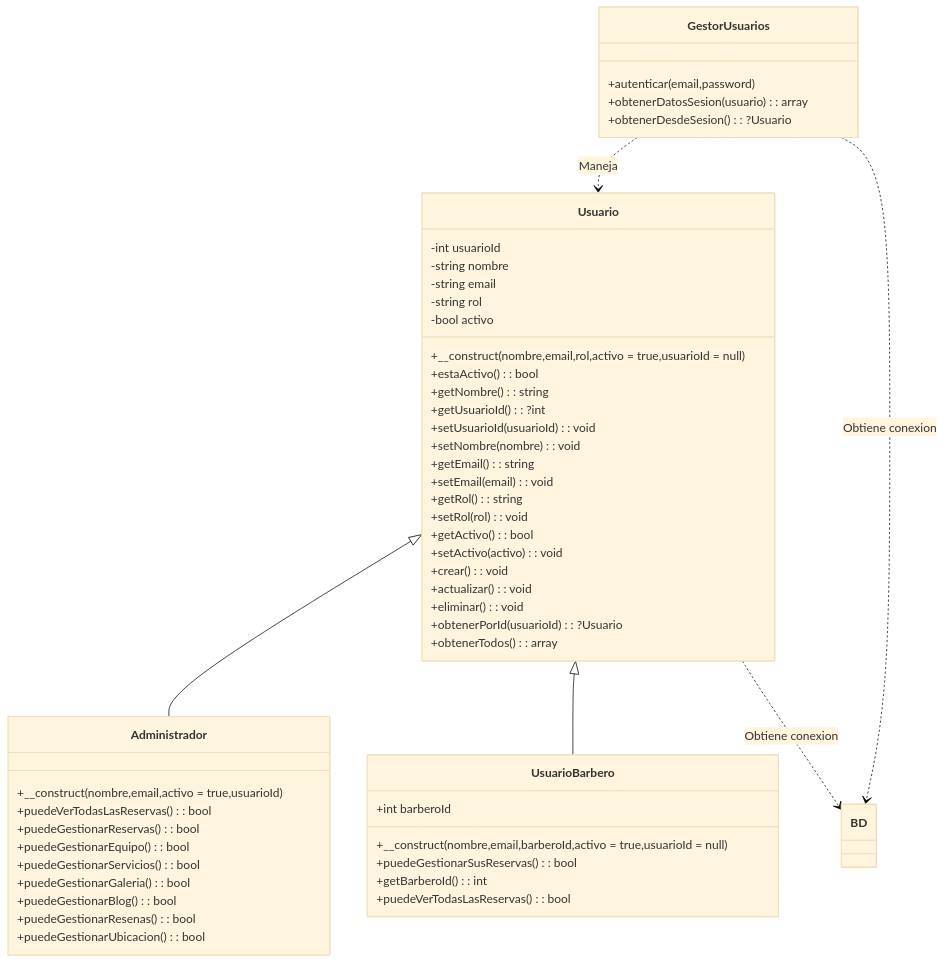
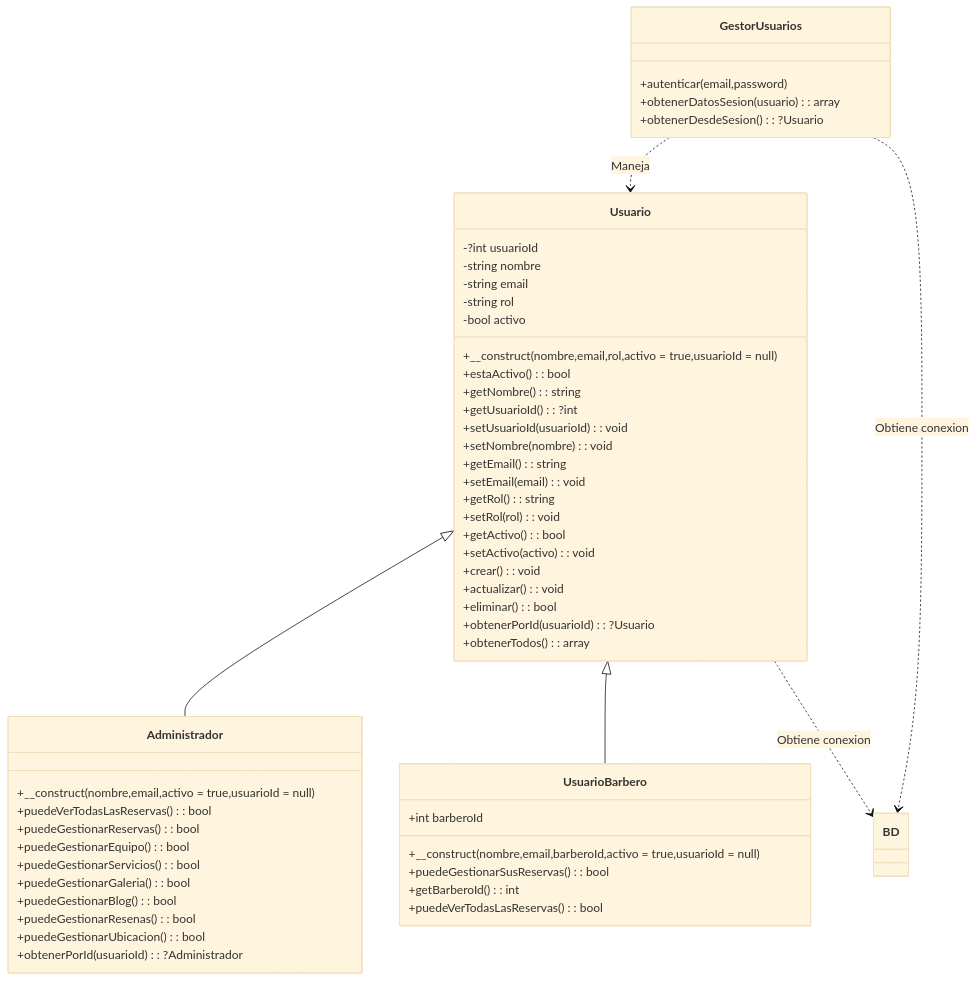
The diagram in api/admin/clases_admin/diagramas.md (dzeledonj-create/barberia_catracha), drawn with Mermaid (base theme) before and after one commit. The commit also changed 8 other files, not shown here.

````diff
--- a/api/admin/clases_admin/diagramas.md
+++ b/api/admin/clases_admin/diagramas.md
@@ -3,59 +3,60 @@
 ```mermaid
 classDiagram
     class Administrador {
-        +__construct(nombre,email,activo = true,usuarioId)
+        +__construct(nombre,email,activo = true,usuarioId = null)
         +puedeVerTodasLasReservas() : bool
         +puedeGestionarReservas() : bool
         +puedeGestionarEquipo() : bool
         +puedeGestionarServicios() : bool
         +puedeGestionarGaleria() : bool
         +puedeGestionarBlog() : bool
         +puedeGestionarResenas() : bool
         +puedeGestionarUbicacion() : bool
+        +obtenerPorId(usuarioId) : ?Administrador
     }
 
     class GestorUsuarios {
         +autenticar(email,password)
         +obtenerDatosSesion(usuario) : array
         +obtenerDesdeSesion() : ?Usuario
     }
 
     class Usuario {
-        -int usuarioId
+        -?int usuarioId
         -string nombre
         -string email
         -string rol
         -bool activo
         +__construct(nombre,email,rol,activo = true,usuarioId = null)
         +estaActivo() : bool
         +getNombre() : string
         +getUsuarioId() : ?int
         +setUsuarioId(usuarioId) : void
         +setNombre(nombre) : void
         +getEmail() : string
         +setEmail(email) : void
         +getRol() : string
         +setRol(rol) : void
         +getActivo() : bool
         +setActivo(activo) : void
         +crear() : void
         +actualizar() : void
-        +eliminar() : void
+        +eliminar() : bool
         +obtenerPorId(usuarioId) : ?Usuario
         +obtenerTodos() : array
     }
 
     class UsuarioBarbero {
         +int barberoId
         +__construct(nombre,email,barberoId,activo = true,usuarioId = null)
         +puedeGestionarSusReservas() : bool
         +getBarberoId() : int
         +puedeVerTodasLasReservas() : bool
     }
 
     Usuario <|-- Administrador
     Usuario <|-- UsuarioBarbero
     GestorUsuarios ..> Usuario : Maneja
     GestorUsuarios ..> BD : Obtiene conexion
     Usuario ..> BD : Obtiene conexion
 ```
````
